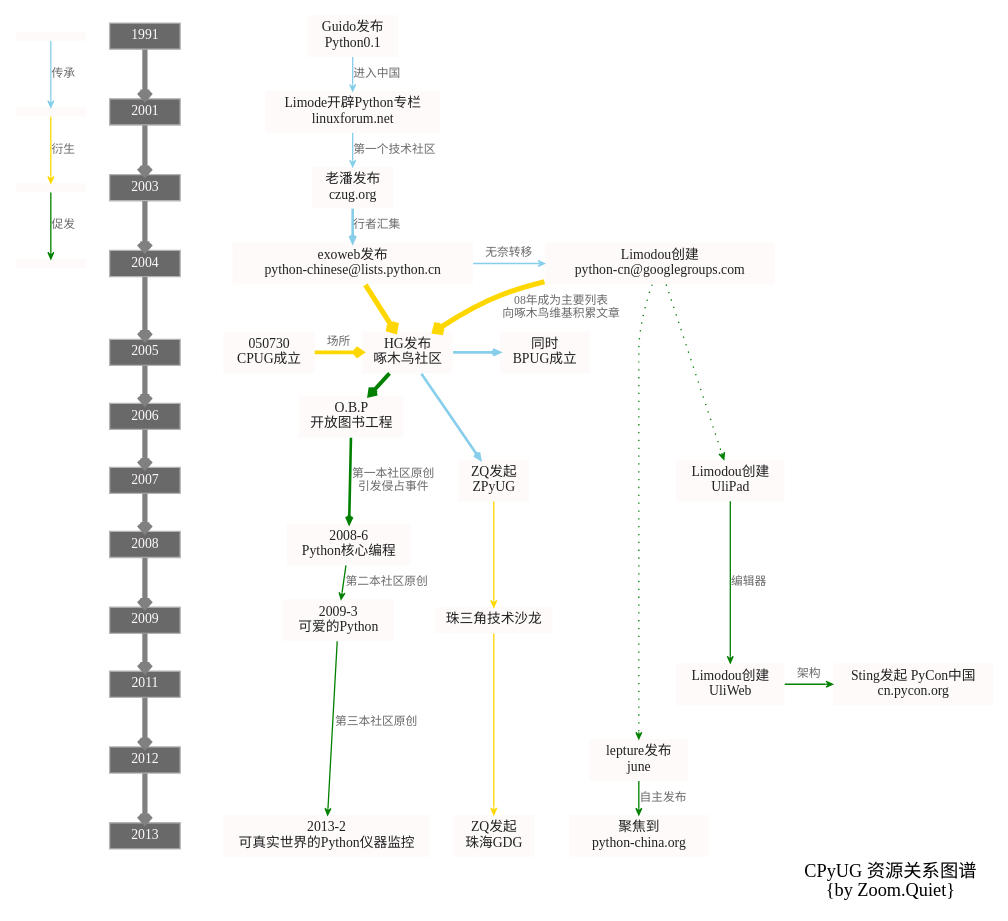
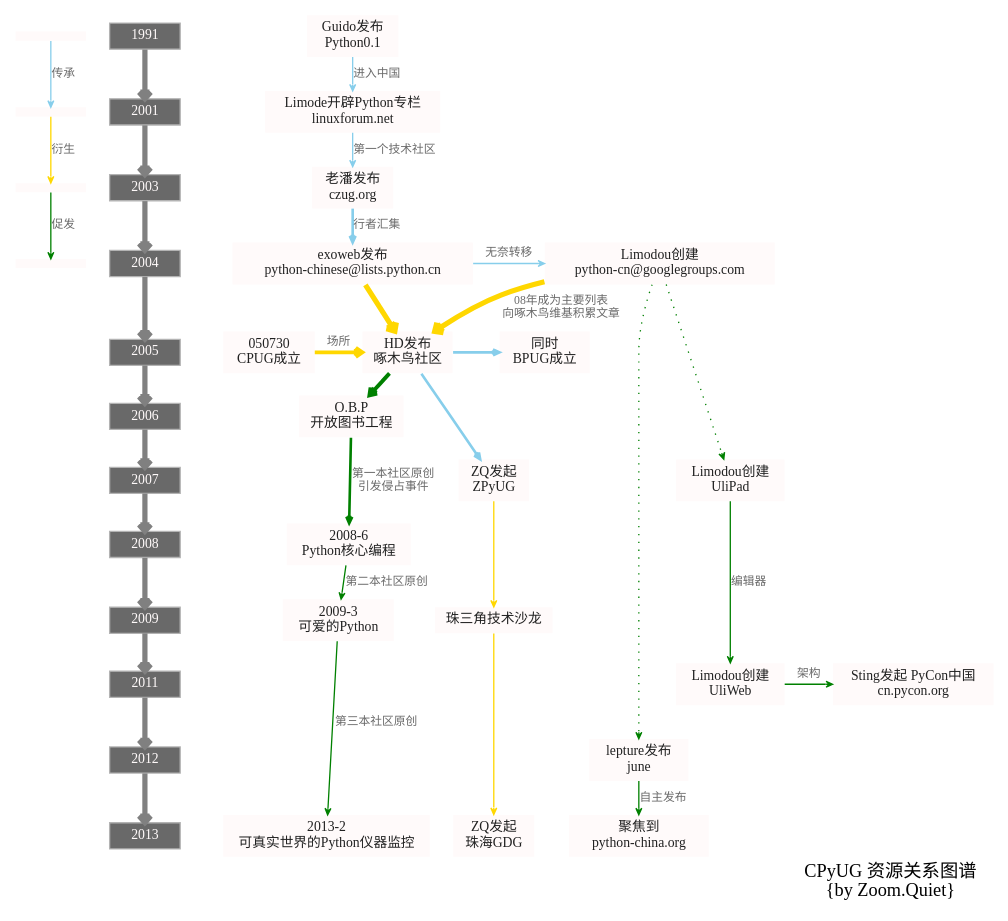
Before and after one commit to ZoomQuiet/zoomquiet.tangle: the diagram in dot/obp/cpyug_historic_mapping.dot, drawn with Graphviz. The commit also changed 1 other file, not shown here.

```diff
--- a/dot/obp/cpyug_historic_mapping.dot
+++ b/dot/obp/cpyug_historic_mapping.dot
@@ -1,125 +1,125 @@
 digraph G4cpyug_historic_mapping {
     /*生成命令:
 $ dot -Tpng cpyug_historic_mapping.dot -o cpyug_historic_mapping.png 
 -Tcmapx -o cpyug_historic_mapping.map
     全局设定
     color:dimgrey white whitesmoke snow azure yellowgreen darkolivegreen skyblue navy orange indigo khaki
     */
     graph [label="CPyUG 资源关系图谱\n {by Zoom.Quiet}",
         labeljust="r",labelloc="b",center=1,
         ranksep=0.2,ratio=compress,
         rankdir=TB,
         ];
     node[fontsize=10.5,
         height=0.1,
         style=filled,fillcolor=snow,
         color=gray70,fontcolor=grey13,
         shape=plaintext,
         ];
     edge [fontsize=9.0,fontcolor=dimgrey,
         color=dimgrey,arrowsize=0.5,arrowhead=vee,arrowtail=none,
         ];
 
     /*图元声明
         start       [label="流程开始/结束",shape=point];
     end         [label="",shape=doublecircle,fillcolor=red];
 
     box         [label="实体/对象",shape=box];
     ellipse     [label="行动/节点",shape=ellipse];
     egg         [label="用户/人物",shape=egg];
     plaintext   [label="状态/属性",shape=plaintext,fillcolor=whitesmoke];
     diamond     [label="判别",shape=diamond];
     note        [label="注释",shape=note];
     tab         [label="目录/模块",shape=tab];
     db          [label="数据库",shape=box3d];
     component   [label="主机/组件",shape=component];
     ttag [label="时间轴",shape=box];
     */
     DEV [label="",shape=plaintext];
     SAFF [label="",shape=plaintext];
     SRV [label="",shape=plaintext];
     SYS [label="",shape=plaintext];
         DEV->SAFF [label="传承",color=skyblue];
         SAFF->SRV [label="衍生",color=gold];
         SRV->SYS [label="促发",color=green];
 
     1991 [fillcolor=none,shape=box,fontcolor=snow,fillcolor=dimgray];
     2001 [fillcolor=none,shape=box,fontcolor=snow,fillcolor=dimgray];
     2003 [fillcolor=none,shape=box,fontcolor=snow,fillcolor=dimgray];
     2004 [fillcolor=none,shape=box,fontcolor=snow,fillcolor=dimgray];
     2005 [fillcolor=none,shape=box,fontcolor=snow,fillcolor=dimgray];
     2006 [fillcolor=none,shape=box,fontcolor=snow,fillcolor=dimgray];
     2007 [fillcolor=none,shape=box,fontcolor=snow,fillcolor=dimgray];
     2008 [fillcolor=none,shape=box,fontcolor=snow,fillcolor=dimgray];
     2009 [fillcolor=none,shape=box,fontcolor=snow,fillcolor=dimgray];
     2011 [fillcolor=none,shape=box,fontcolor=snow,fillcolor=dimgray];
     2012 [fillcolor=none,shape=box,fontcolor=snow,fillcolor=dimgray];
     2013 [fillcolor=none,shape=box,fontcolor=snow,fillcolor=dimgray];
 
     1991->2001->2003->2004->2005->2006->2007->2008->2009->2011->2012->2013 [color=gray,style="setlinewidth(4)"];
 
     python [label="Guido发布\nPython0.1" ,];
 
     bbs [label="Limode开辟Python专栏\nlinuxforum.net" ];
     czug [label="老潘发布\nczug.org" ];
     py_chinese [label="exoweb发布\npython-chinese@lists.python.cn" ];
     
-    woodpecker  [label="HG发布\n啄木鸟社区" ];
+    woodpecker  [label="HD发布\n啄木鸟社区" ];
         cpug  [label="050730\nCPUG成立" ];
         bpug  [label="同时\nBPUG成立" ];
         zpug  [label="ZQ发起\nZPyUG" ];
         techparty [label="珠三角技术沙龙" ];
         zhgdg [label="ZQ发起\n珠海GDG" ];
     py_cn [label="Limodou创建\npython-cn@googlegroups.com" ];
 
     ulipad [label="Limodou创建\nUliPad" ];
         uliweb [label="Limodou创建\nUliWeb" ];
             pycon [label="Sting发起 PyCon中国\ncn.pycon.org" ];
     june  [label="lepture发布\njune" ];
         py_china [label="聚焦到\npython-china.org" ];
 
     obp [label="O.B.P\n开放图书工程" ];
     corepy [label="2008-6\nPython核心编程" ];
     lovpy [label="2009-3\n可爱的Python" ];
     rwiwpy [label="2013-2\n可真实世界的Python仪器监控" ];
 
     python->bbs [label="进入中国",color=skyblue];
     bbs->czug [label="第一个技术社区",color=skyblue];
     czug->py_chinese [label="行者汇集",color=skyblue,style="setlinewidth(2)"];
     
         py_chinese->py_cn [label="无奈转移",color=skyblue]
             py_chinese->woodpecker [label="",color=gold,style="setlinewidth(4)"];
     
     py_cn->ulipad [label="",color=green,style="dotted"];
         ulipad->uliweb [label="编辑器",color=green];
         uliweb->pycon [label="架构",color=green];
     py_cn->june [label="",color=green,style="dotted"];
         june->py_china [label="自主发布",color=green];
 
     py_cn->woodpecker [label="08年成为主要列表\n向啄木鸟维基积累文章" ,color=gold,style="setlinewidth(4)"];
         woodpecker->obp [label="",color=green,style="setlinewidth(3)"];
         obp->corepy [label="第一本社区原创\n引发侵占事件",color=green,style="setlinewidth(2)"];
         corepy->lovpy [label="第二本社区原创",color=green,style="setlinewidth(1)"];
         lovpy->rwiwpy[label="第三本社区原创",color=green];
         
     cpug->woodpecker [label="场所",color=gold,style="setlinewidth(3)"];
         woodpecker->{bpug zpug} [label="",color=skyblue,style="setlinewidth(2)"];
             zpug->techparty->zhgdg [label="",color=gold];
 
     { rank=same; 1991   python; }
     { rank=same; 2001   bbs; }
     { rank=same; 2003   czug; }
     { rank=same; 2004   py_chinese py_cn; }
     { rank=same; 2005   cpug woodpecker  bpug; }
     { rank=same; 2006   obp; }
     { rank=same; 2007   ulipad zpug; }
     { rank=same; 2008   corepy; }
     { rank=same; 2009   lovpy techparty; }
     { rank=same; 2011   uliweb pycon; }
     { rank=same; 2012   june; }
     { rank=same; 2013   zhgdg py_china rwiwpy; }
 
     edge [style=invis];
 
 
 }
```
